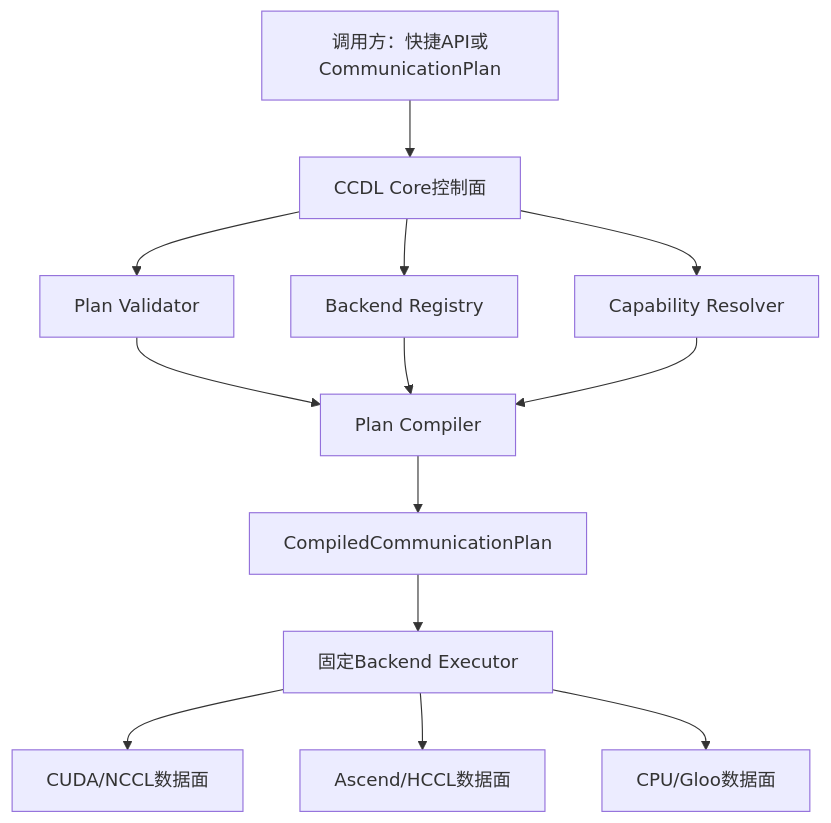
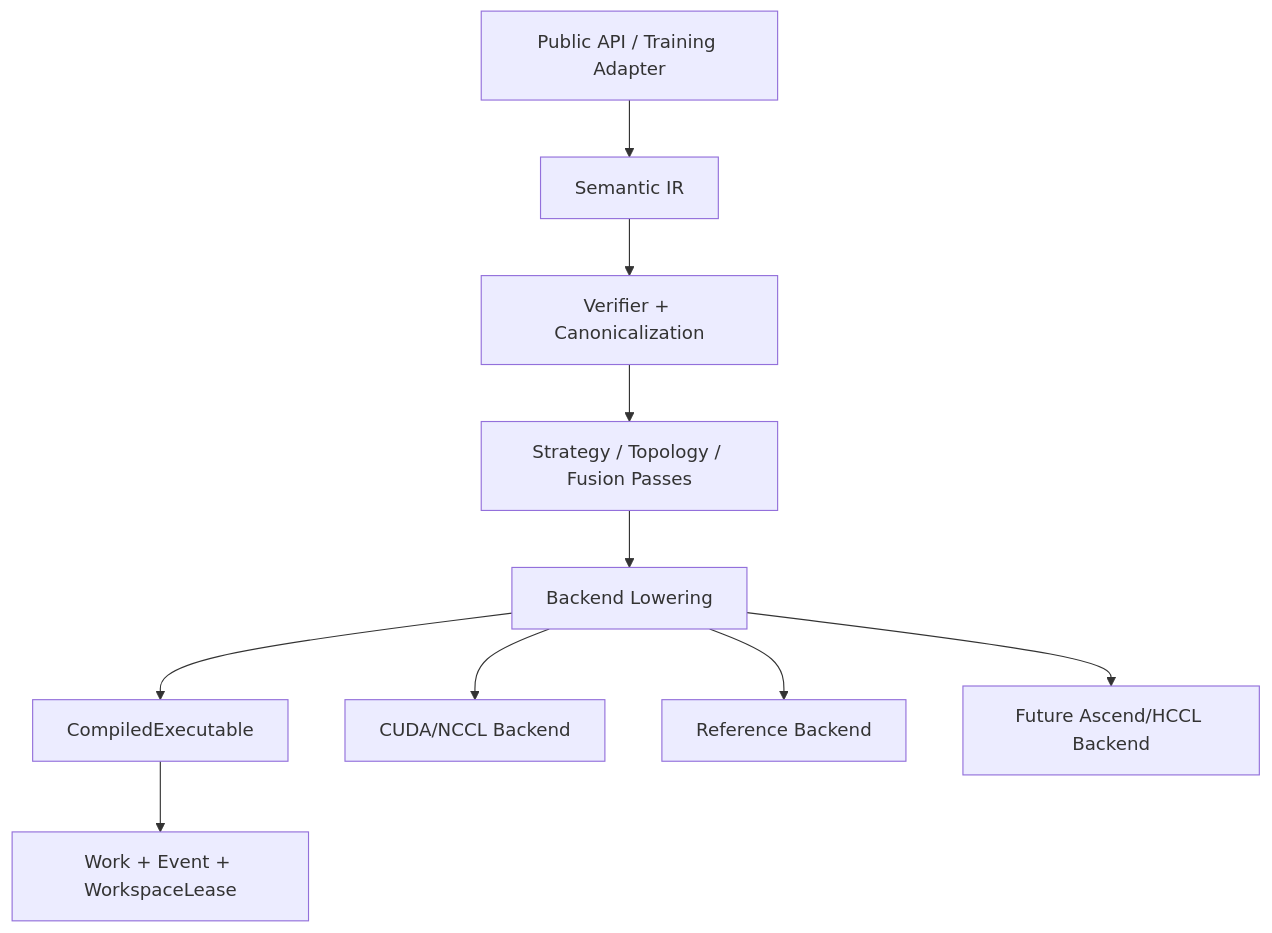
One commit to WangJunWJJ/lowbit_comm changed the diagram in docs/SOFTWARE_DESIGN_ZH.md. Above: the diagram before and after it, drawn with Mermaid. The commit also changed other lines of this file and 6 other files, not shown here.

Commit message:
docs(core): define v0.3.0 architecture baseline

````diff
--- a/docs/SOFTWARE_DESIGN_ZH.md
+++ b/docs/SOFTWARE_DESIGN_ZH.md
@@ -31,15 +15,12 @@
 ```mermaid
 flowchart TD
-    A["调用方：快捷API或CommunicationPlan"] --> B["CCDL Core控制面"]
-    B --> C["Plan Validator"]
-    B --> D["Backend Registry"]
-    B --> E["Capability Resolver"]
-    C --> F["Plan Compiler"]
-    D --> F
-    E --> F
-    F --> G["CompiledCommunicationPlan"]
-    G --> H["固定Backend Executor"]
-    H --> I["CUDA/NCCL数据面"]
-    H --> J["Ascend/HCCL数据面"]
-    H --> K["CPU/Gloo数据面"]
+    A["Public API / Training Adapter"] --> S["Semantic IR"]
+    S --> V["Verifier + Canonicalization"]
+    V --> P["Strategy / Topology / Fusion Passes"]
+    P --> L["Backend Lowering"]
+    L --> E["CompiledExecutable"]
+    E --> W["Work + Event + WorkspaceLease"]
+    L --> C["CUDA/NCCL Backend"]
+    L --> F["Reference Backend"]
+    L --> H["Future Ascend/HCCL Backend"]
 ```
````
